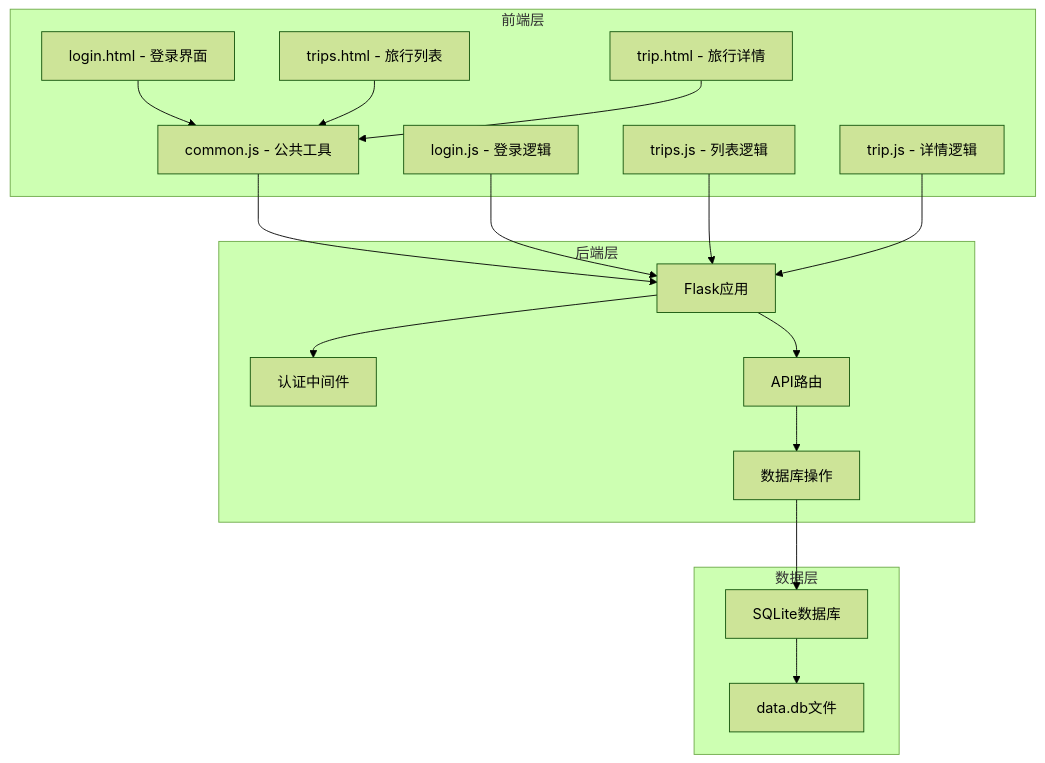
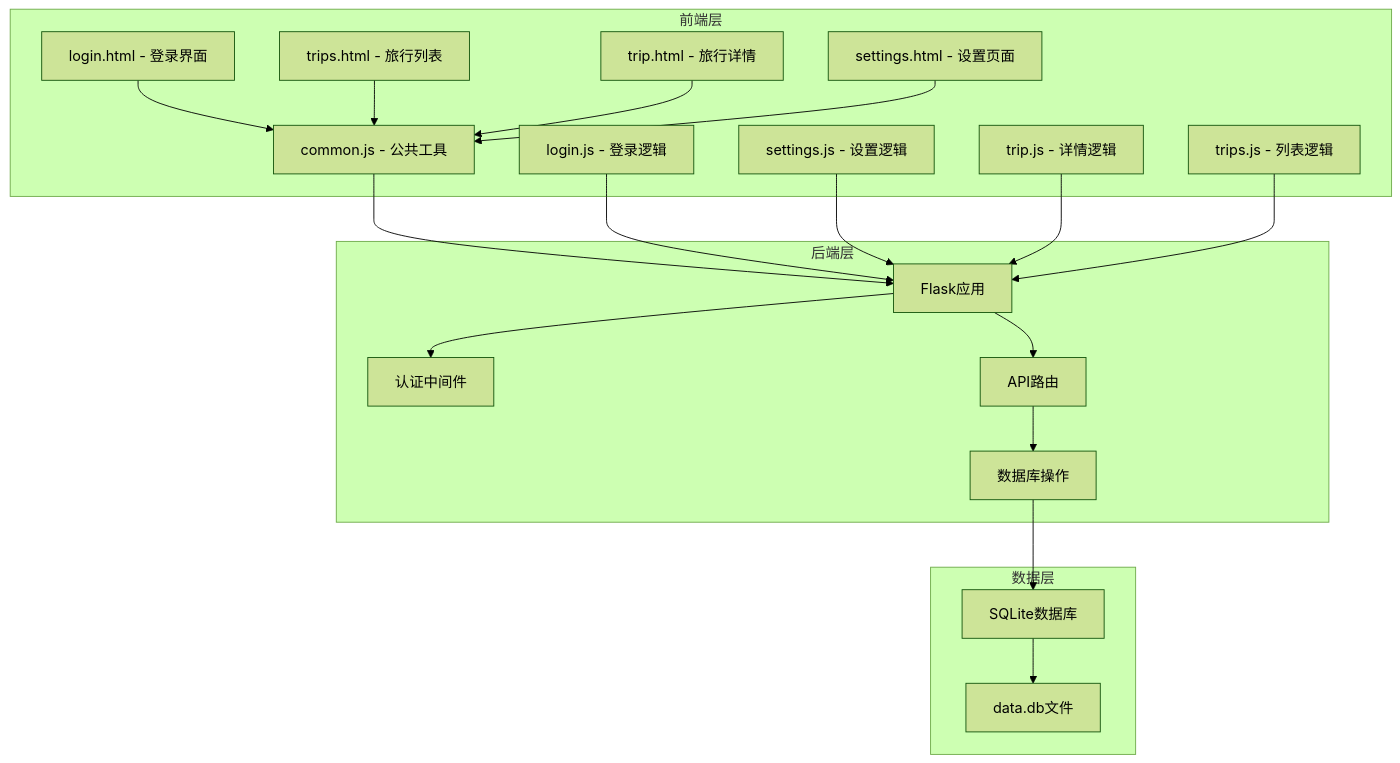
The eighth of 21 diagrams in .qoder/repowiki/zh/content/核心功能实现/核心功能实现.md (louyinmin/recorded), drawn with Mermaid (forest theme) before and after one commit. The commit also changed other lines of this file and 6 other files, not shown here.

````diff
--- a/.qoder/repowiki/zh/content/核心功能实现/核心功能实现.md
+++ b/.qoder/repowiki/zh/content/核心功能实现/核心功能实现.md
@@ -248,34 +272,38 @@
 ```mermaid
 graph TB
 subgraph "前端层"
 A[login.html - 登录界面]
 B[trips.html - 旅行列表]
 C[trip.html - 旅行详情]
-D[common.js - 公共工具]
-E[login.js - 登录逻辑]
-F[trips.js - 列表逻辑]
-G[trip.js - 详情逻辑]
+D[settings.html - 设置页面]
+E[common.js - 公共工具]
+F[login.js - 登录逻辑]
+G[settings.js - 设置逻辑]
+H[trip.js - 详情逻辑]
+I[trips.js - 列表逻辑]
 end
 subgraph "后端层"
-H[Flask应用]
-I[认证中间件]
-J[API路由]
-K[数据库操作]
+J[Flask应用]
+K[认证中间件]
+L[API路由]
+M[数据库操作]
 end
 subgraph "数据层"
-L[SQLite数据库]
-M[data.db文件]
+N[SQLite数据库]
+O[data.db文件]
 end
-A --> D
-B --> D
-C --> D
-D --> H
-E --> H
-F --> H
-G --> H
-H --> I
+A --> E
+B --> E
+C --> E
+D --> E
+E --> J
+F --> J
+G --> J
 H --> J
+I --> J
 J --> K
-K --> L
+J --> L
 L --> M
+M --> N
+N --> O
 ```
````
